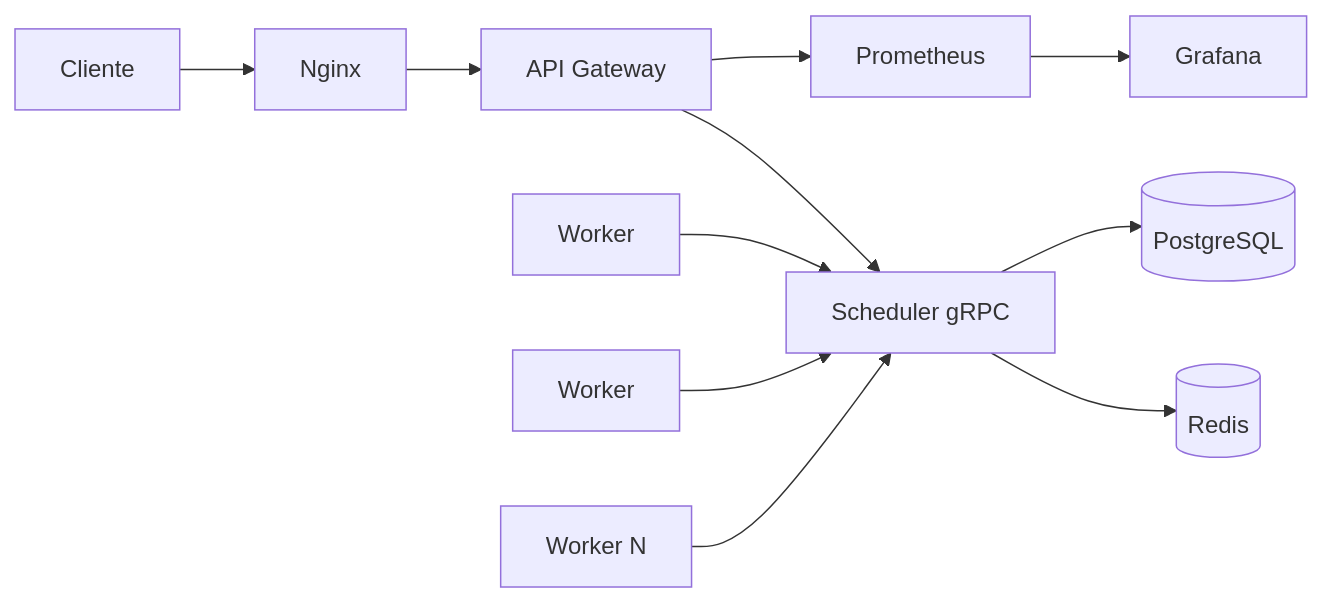
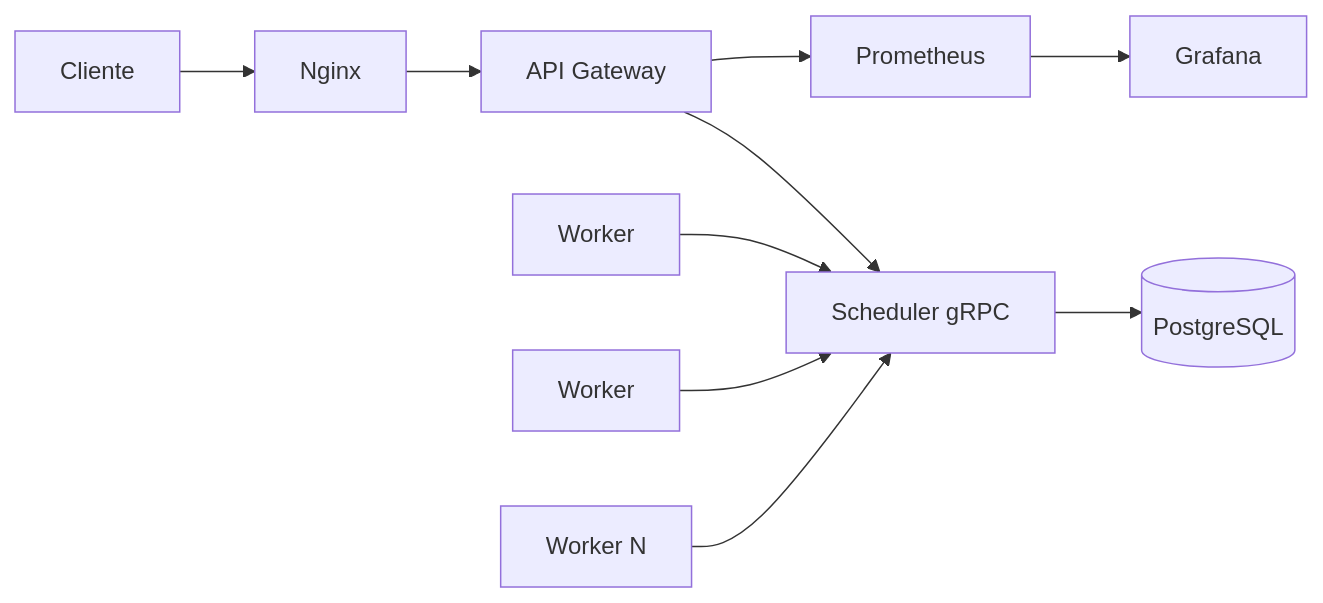
One commit to Luis-MB/tp-final-sdp changed the diagram in docs/architecture/overview.md. Above: the diagram before and after it, drawn with Mermaid. The commit also changed other lines of this file and 20 other files, not shown here.

````diff
--- a/docs/architecture/overview.md
+++ b/docs/architecture/overview.md
@@ -3,13 +3,12 @@
 ```mermaid
 flowchart LR
   Client[Cliente] --> Nginx[Nginx]
   Nginx --> API[API Gateway]
   API --> Scheduler[Scheduler gRPC]
-  Scheduler --> Redis[(Redis)]
   Scheduler --> Postgres[(PostgreSQL)]
   Worker1[Worker] --> Scheduler
   Worker2[Worker] --> Scheduler
   WorkerN[Worker N] --> Scheduler
   API --> Prometheus[Prometheus]
   Prometheus --> Grafana[Grafana]
 ```
````
